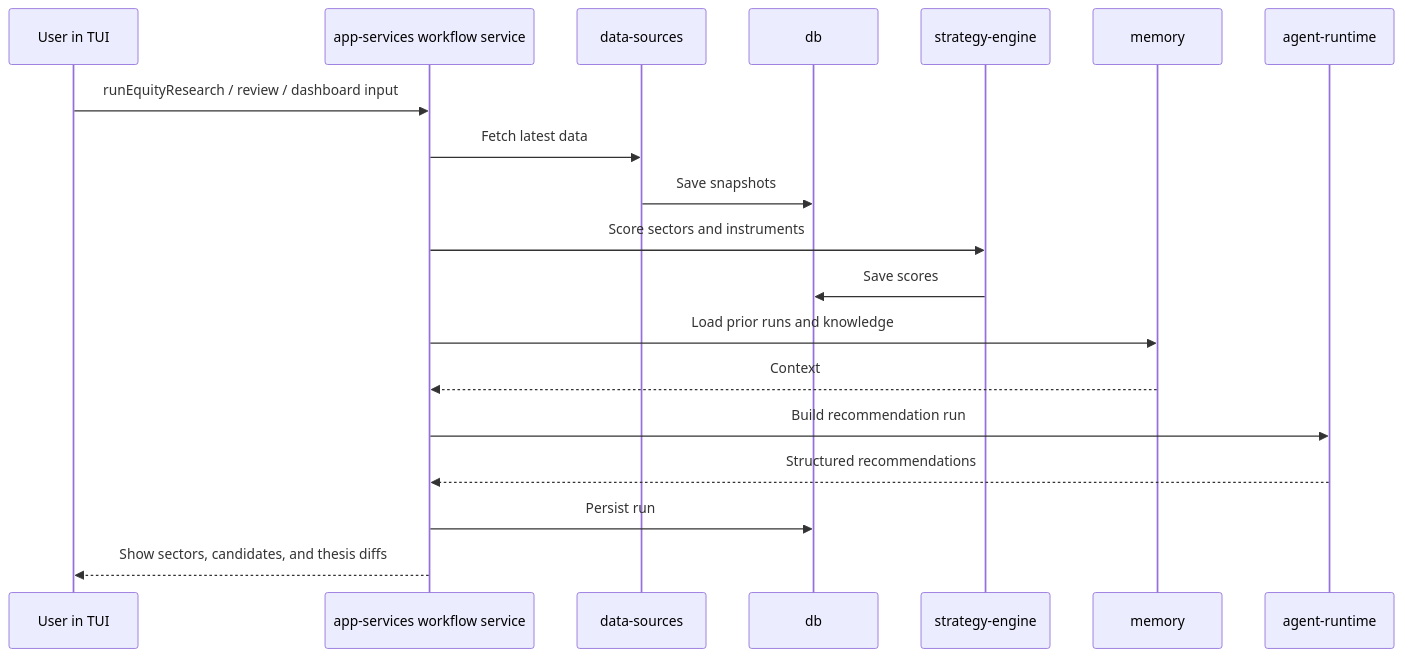
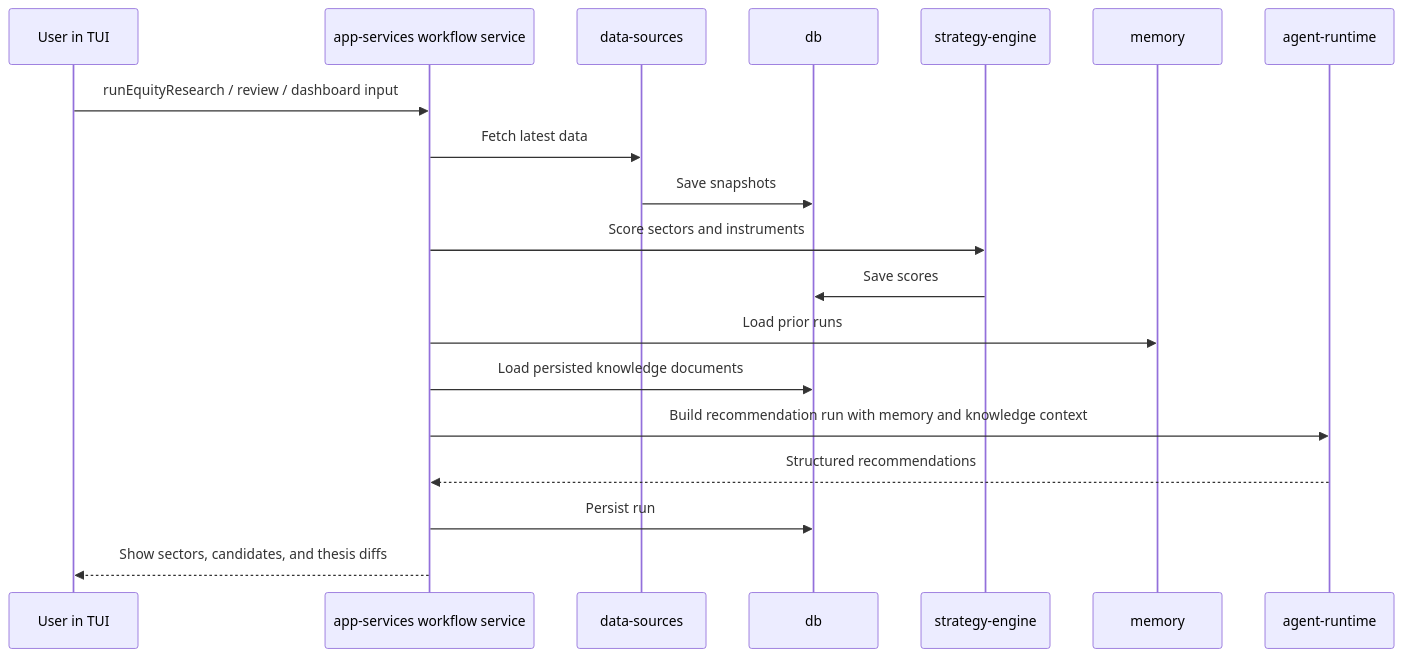
Before and after one commit to decocereus/tradeai: the fourth of 5 diagrams in docs/architecture.md, drawn with Mermaid. The commit also changed other lines of this file and 4 other files, not shown here.

Commit message:
docs: refresh tradeai architecture status

````diff
--- a/docs/architecture.md
+++ b/docs/architecture.md
@@ -114,22 +121,22 @@
 ```mermaid
 sequenceDiagram
     participant U as User in TUI
     participant S as app-services workflow service
     participant D as data-sources
     participant DB as db
     participant SE as strategy-engine
     participant M as memory
     participant A as agent-runtime
 
     U->>S: runEquityResearch / review / dashboard input
     S->>D: Fetch latest data
     D->>DB: Save snapshots
     S->>SE: Score sectors and instruments
     SE->>DB: Save scores
-    S->>M: Load prior runs and knowledge
-    M-->>S: Context
-    S->>A: Build recommendation run
+    S->>M: Load prior runs
+    S->>DB: Load persisted knowledge documents
+    S->>A: Build recommendation run with memory and knowledge context
     A-->>S: Structured recommendations
     S->>DB: Persist run
     S-->>U: Show sectors, candidates, and thesis diffs
 ```
````
